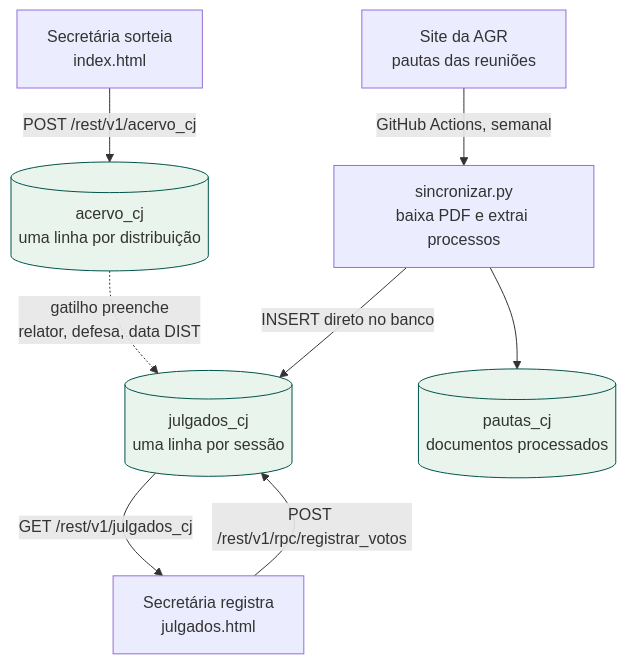
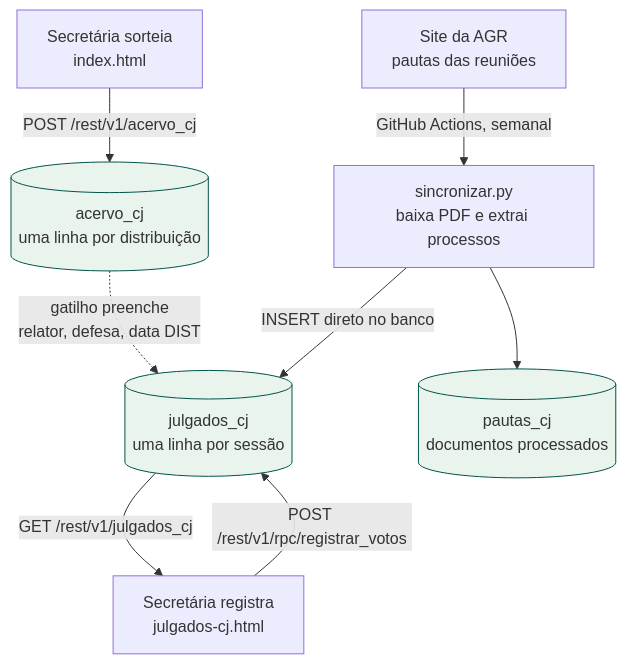
The first of 5 diagrams in FLUXO-CJ.md (thelustosa/sorteio-sei), drawn with Mermaid before and after one commit. The commit also changed other lines of this file and 19 other files, not shown here.

Commit message:
refactor: padroniza nomes acervo-cj.html e julgados-cj.html

````diff
--- a/FLUXO-CJ.md
+++ b/FLUXO-CJ.md
@@ -21,14 +21,14 @@
 ```mermaid
 flowchart TD
     A["Secretária sorteia<br/>index.html"] -->|"POST /rest/v1/acervo_cj"| B[("acervo_cj<br/>uma linha por distribuição")]
     C["Site da AGR<br/>pautas das reuniões"] -->|"GitHub Actions, semanal"| D["sincronizar.py<br/>baixa PDF e extrai processos"]
     D -->|"INSERT direto no banco"| E[("julgados_cj<br/>uma linha por sessão")]
     D --> F[("pautas_cj<br/>documentos processados")]
     B -.->|"gatilho preenche<br/>relator, defesa, data DIST"| E
-    E -->|"GET /rest/v1/julgados_cj"| G["Secretária registra<br/>julgados.html"]
+    E -->|"GET /rest/v1/julgados_cj"| G["Secretária registra<br/>julgados-cj.html"]
     G -->|"POST /rest/v1/rpc/registrar_votos"| E
 
     style B fill:#E9F5EC,stroke:#00534b
     style E fill:#E9F5EC,stroke:#00534b
     style F fill:#E9F5EC,stroke:#00534b
 ```
````
